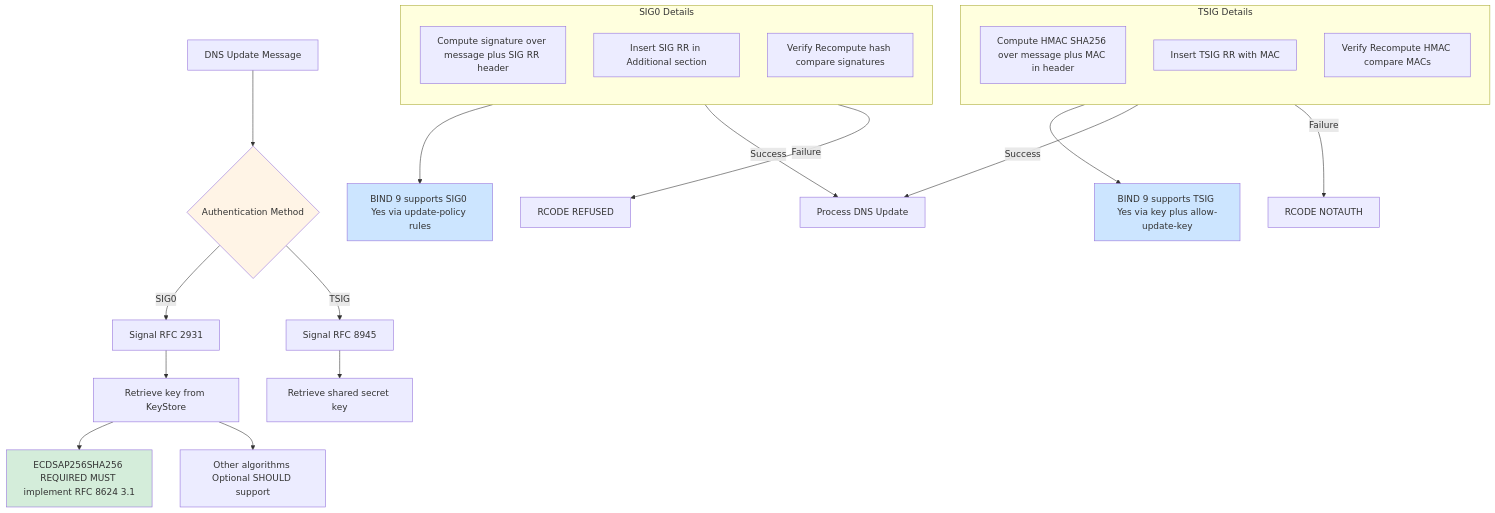
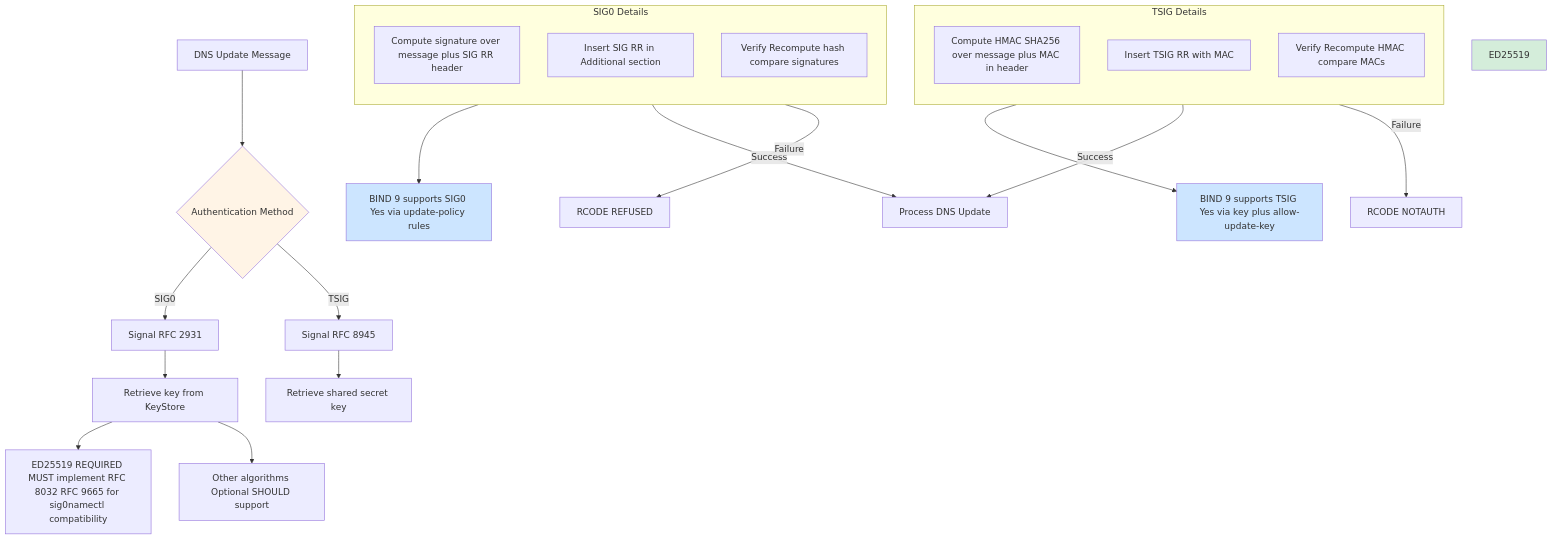
One commit to NetworkCommons/sig0lease changed the first of 4 diagrams in diagrams/authentication-paths.md. Above: the diagram before and after it, drawn with Mermaid. The commit also changed other lines of this file and 8 other files, not shown here.

Commit message:
Trying to address: - quotes miekg dns module v1 on github, should be v2 https://codeberg.org/miekg/dns for forward sustainability - mentions ECDSAP256SHA256 for SIG0 should be ED25519 keypairs for sig0namectl compat.

````diff
--- a/diagrams/authentication-paths.md
+++ b/diagrams/authentication-paths.md
@@ -6,45 +6,45 @@
 ```mermaid
 flowchart TD
     Start[DNS Update Message] --> ChooseAuth{Authentication Method}
 
     %% SIG0 Path
     ChooseAuth -->|SIG0| Sig0Start[Signal RFC 2931]
     Sig0Start --> Sig0KeyStore[Retrieve key from KeyStore]
 
     subgraph "SIG0 Details"
         direction TB
         Sig0Sign[Compute signature over message plus SIG RR header]
         Sig0Add[Insert SIG RR in Additional section]
         Sig0Verify[Verify Recompute hash compare signatures]
     end
 
     ChooseAuth -->|TSIG| TsigStart[Signal RFC 8945]
     TsigStart --> TsigKeyStore[Retrieve shared secret key]
 
     subgraph "TSIG Details"
         direction TB
         TsigHash[Compute HMAC SHA256 over message plus MAC in header]
         TsigAdd[Insert TSIG RR with MAC]
         TsigVerify[Verify Recompute HMAC compare MACs]
     end
 
     %% SIG0 Algorithm Requirements RFC 9665 6.6
-    Sig0KeyStore --> ECDSAP256[ECDSAP256SHA256 REQUIRED MUST implement RFC 8624 3.1]
+    Sig0KeyStore --> ED2551[ED25519 REQUIRED MUST implement RFC 8032 RFC 9665 for sig0namectl compatibility]
     Sig0KeyStore --> OtherAlgos[Other algorithms Optional SHOULD support]
 
     %% BIND 9 Support
     Sig0Add --> BindSupportSIG0[BIND 9 supports SIG0 Yes via update-policy rules]
     TsigAdd --> BindSupportTsig[BIND 9 supports TSIG Yes via key plus allow-update-key]
 
     %% Error Handling
     Sig0Verify -->|Success| ProcessUpdate[Process DNS Update]
     Sig0Verify -->|Failure| RejectSig0[RCODE REFUSED]
 
     TsigVerify -->|Success| ProcessUpdate
     TsigVerify -->|Failure| RejectTsig[RCODE NOTAUTH]
 
     style ChooseAuth fill:#fff4e6
-    style ECDSAP256 fill:#d4edda
+    style ED25519 fill:#d4edda
     style BindSupportSIG0 fill:#cce5ff
     style BindSupportTsig fill:#cce5ff
 ```
````
